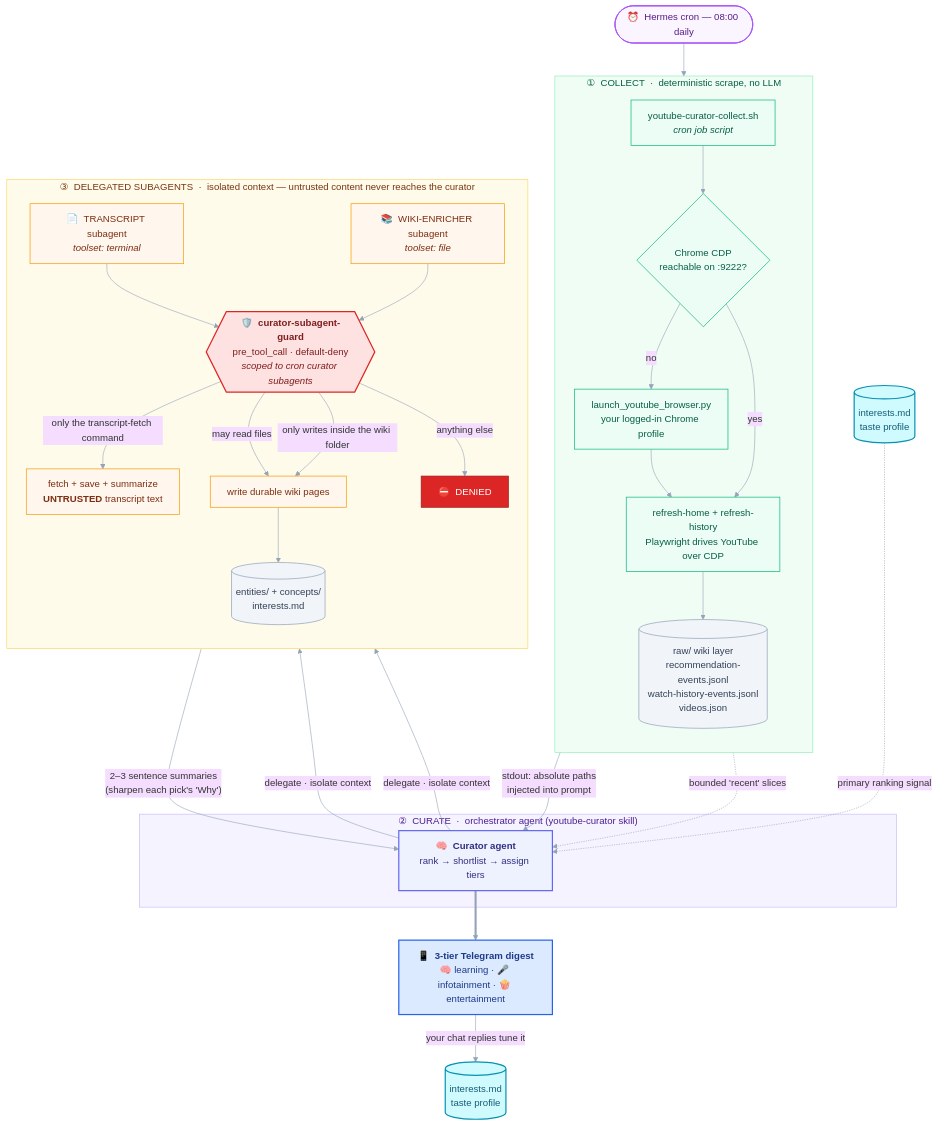
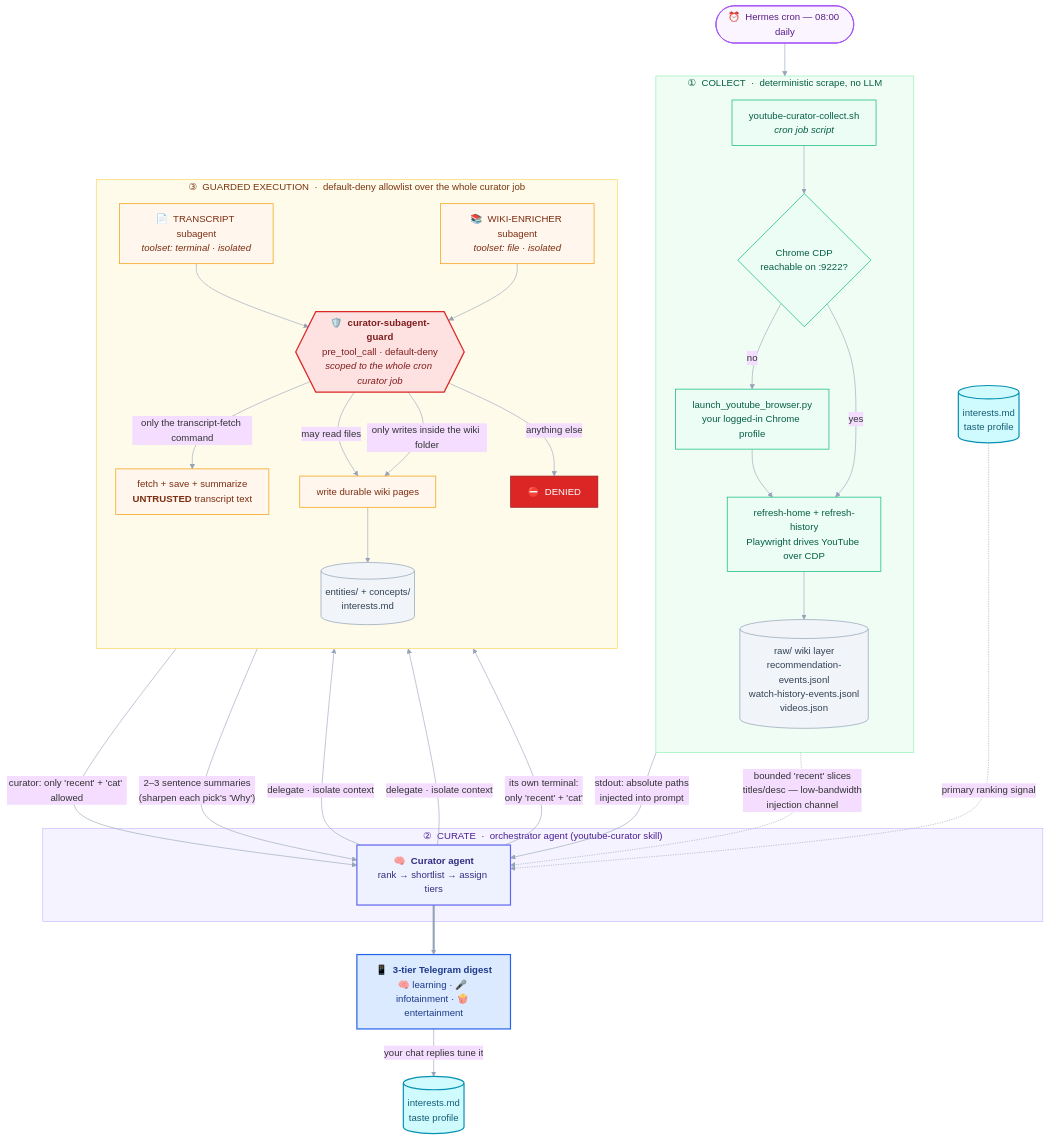
The diagram in README.md (pariidanDKE/HermesYoutubeCurator), drawn with Mermaid before and after one commit. The commit also changed other lines of this file, not shown here.

Commit message:
- update README

````diff
--- a/README.md
+++ b/README.md
@@ -54,68 +54,71 @@
 ```mermaid
 %%{init: {'theme':'base','themeVariables':{'lineColor':'#94a3b8','primaryBorderColor':'#cbd5e1'},'flowchart':{'curve':'basis','padding':14,'nodeSpacing':45,'rankSpacing':55}}}%%
 flowchart TD
     cron(["⏰ &nbsp;Hermes cron — 08:00 daily"]) --> sh["youtube-curator-collect.sh<br/><i>cron job script</i>"]
 
     subgraph collect["① &nbsp;COLLECT &nbsp;·&nbsp; deterministic scrape, no LLM"]
         direction TB
         sh --> cdp{"Chrome CDP<br/>reachable on :9222?"}
         cdp -- "no" --> launch["launch_youtube_browser.py<br/>your logged-in Chrome profile"]
         launch --> scrape
         cdp -- "yes" --> scrape["refresh-home + refresh-history<br/>Playwright drives YouTube over CDP"]
         scrape --> raw[("raw/ wiki layer<br/>recommendation-events.jsonl<br/>watch-history-events.jsonl<br/>videos.json")]
     end
 
     sh -- "stdout: absolute paths<br/>injected into prompt" --> curator
-    raw -. "bounded 'recent' slices" .-> curator
+    raw -. "bounded 'recent' slices<br/>titles/desc — low-bandwidth<br/>injection channel" .-> curator
     interests[("interests.md<br/>taste profile")] -. "primary ranking signal" .-> curator
 
     subgraph orch["② &nbsp;CURATE &nbsp;·&nbsp; orchestrator agent (youtube-curator skill)"]
         curator["🧠 &nbsp;<b>Curator agent</b><br/>rank → shortlist → assign tiers"]
     end
 
     curator -- "delegate · isolate context" --> tsub
     curator -- "delegate · isolate context" --> wsub
+    curator -- "its own terminal:<br/>only 'recent' + 'cat'" --> guard
 
-    subgraph iso["③ &nbsp;DELEGATED SUBAGENTS &nbsp;·&nbsp; isolated context — untrusted content never reaches the curator"]
+    subgraph iso["③ &nbsp;GUARDED EXECUTION &nbsp;·&nbsp; default-deny allowlist over the whole curator job"]
         direction TB
-        tsub["📄 &nbsp;TRANSCRIPT subagent<br/><i>toolset: terminal</i>"]
-        wsub["📚 &nbsp;WIKI-ENRICHER subagent<br/><i>toolset: file</i>"]
-        guard{{"🛡️ &nbsp;<b>curator-subagent-guard</b><br/>pre_tool_call · default-deny<br/><i>scoped to cron curator subagents</i>"}}
+        tsub["📄 &nbsp;TRANSCRIPT subagent<br/><i>toolset: terminal · isolated</i>"]
+        wsub["📚 &nbsp;WIKI-ENRICHER subagent<br/><i>toolset: file · isolated</i>"]
+        guard{{"🛡️ &nbsp;<b>curator-subagent-guard</b><br/>pre_tool_call · default-deny<br/><i>scoped to the whole cron curator job</i>"}}
         tsub --> guard
         wsub --> guard
         guard -- "only the transcript-fetch command" --> twork["fetch + save + summarize<br/><b>UNTRUSTED</b> transcript text"]
         guard -- "may read files" --> wwork
         guard -- "only writes inside the wiki folder" --> wwork["write durable wiki pages"]
         guard -- "anything else" --> deny["⛔ &nbsp;DENIED"]
         wwork --> wikiout[("entities/ + concepts/<br/>interests.md")]
     end
+
+    guard -- "curator: only 'recent' + 'cat' allowed" --> curator
 
     twork -- "2–3 sentence summaries<br/>(sharpen each pick's 'Why')" --> curator
     curator ==> digest["📱 &nbsp;<b>3-tier Telegram digest</b><br/>🧠 learning · 🎤 infotainment · 🍿 entertainment"]
     digest -- "your chat replies tune it" --> taste[("interests.md<br/>taste profile")]
 
     %% ---------- styling ----------
     classDef cronCls   fill:#faf5ff,stroke:#a855f7,stroke-width:1.5px,color:#581c87;
     classDef collectCls fill:#ecfdf5,stroke:#10b981,stroke-width:1.2px,color:#065f46;
     classDef agentCls  fill:#eef2ff,stroke:#6366f1,stroke-width:2px,color:#312e81;
     classDef subCls    fill:#fff7ed,stroke:#f59e0b,stroke-width:1.2px,color:#7c2d12;
     classDef guardCls  fill:#fee2e2,stroke:#dc2626,stroke-width:2px,color:#7f1d1d;
     classDef denyCls   fill:#dc2626,stroke:#991b1b,stroke-width:1.2px,color:#ffffff;
     classDef dataCls   fill:#f1f5f9,stroke:#94a3b8,stroke-width:1.2px,color:#334155;
     classDef outCls    fill:#dbeafe,stroke:#2563eb,stroke-width:2px,color:#1e3a8a;
     classDef tasteCls  fill:#cffafe,stroke:#0891b2,stroke-width:2px,color:#155e75;
 
     class cron cronCls;
     class sh,cdp,launch,scrape collectCls;
     class raw,wikiout dataCls;
     class interests,taste tasteCls;
     class curator agentCls;
     class tsub,wsub,twork,wwork subCls;
     class guard guardCls;
     class deny denyCls;
     class digest outCls;
 
     style collect fill:#f0fdf4,stroke:#86efac,color:#065f46;
     style orch fill:#f5f3ff,stroke:#c4b5fd,color:#4c1d95;
     style iso fill:#fffbeb,stroke:#fcd34d,color:#78350f;
 ```
````
